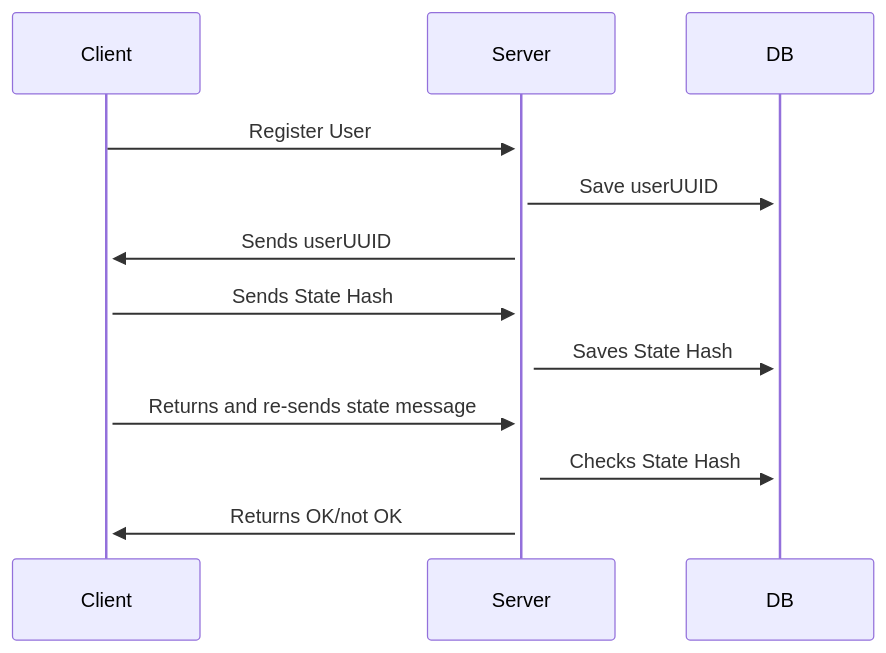
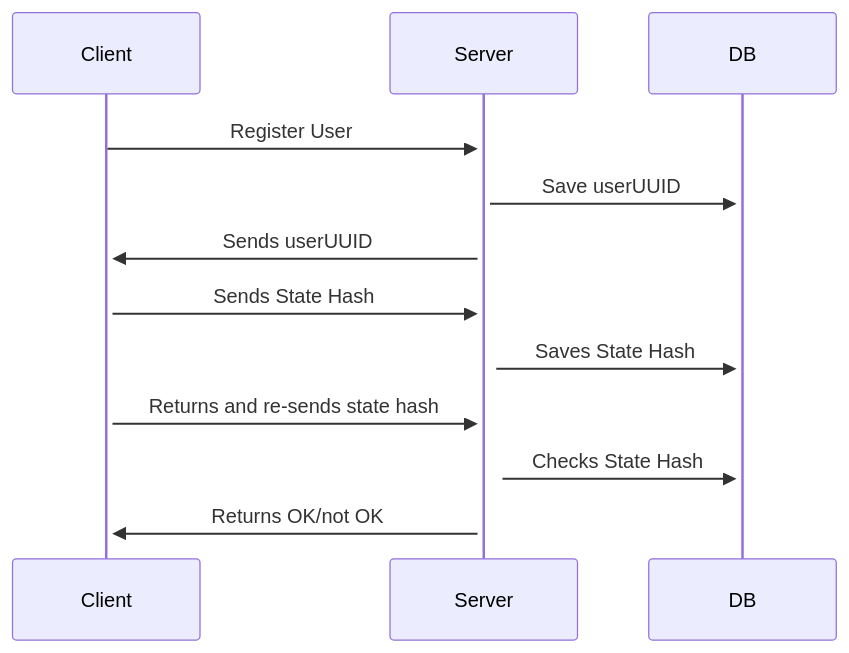
One commit to planet-nine-app/continuebee changed the first of 2 diagrams in README.md. Above: the diagram before and after it, drawn with Mermaid. The commit also changed other lines of this file, not shown here.

````diff
--- a/README.md
+++ b/README.md
@@ -12,11 +12,11 @@
 ```mermaid
 sequenceDiagram
     Client->>+Server: Register User
     Server->>+DB: Save userUUID
     Server->>+Client: Sends userUUID
     Client->>+Server: Sends State Hash
     Server->>+DB: Saves State Hash
-    Client->>+Server: Returns and re-sends state message
+    Client->>+Server: Returns and re-sends state hash
     Server->>+DB: Checks State Hash
     Server->>+Client: Returns OK/not OK
 ```
````
